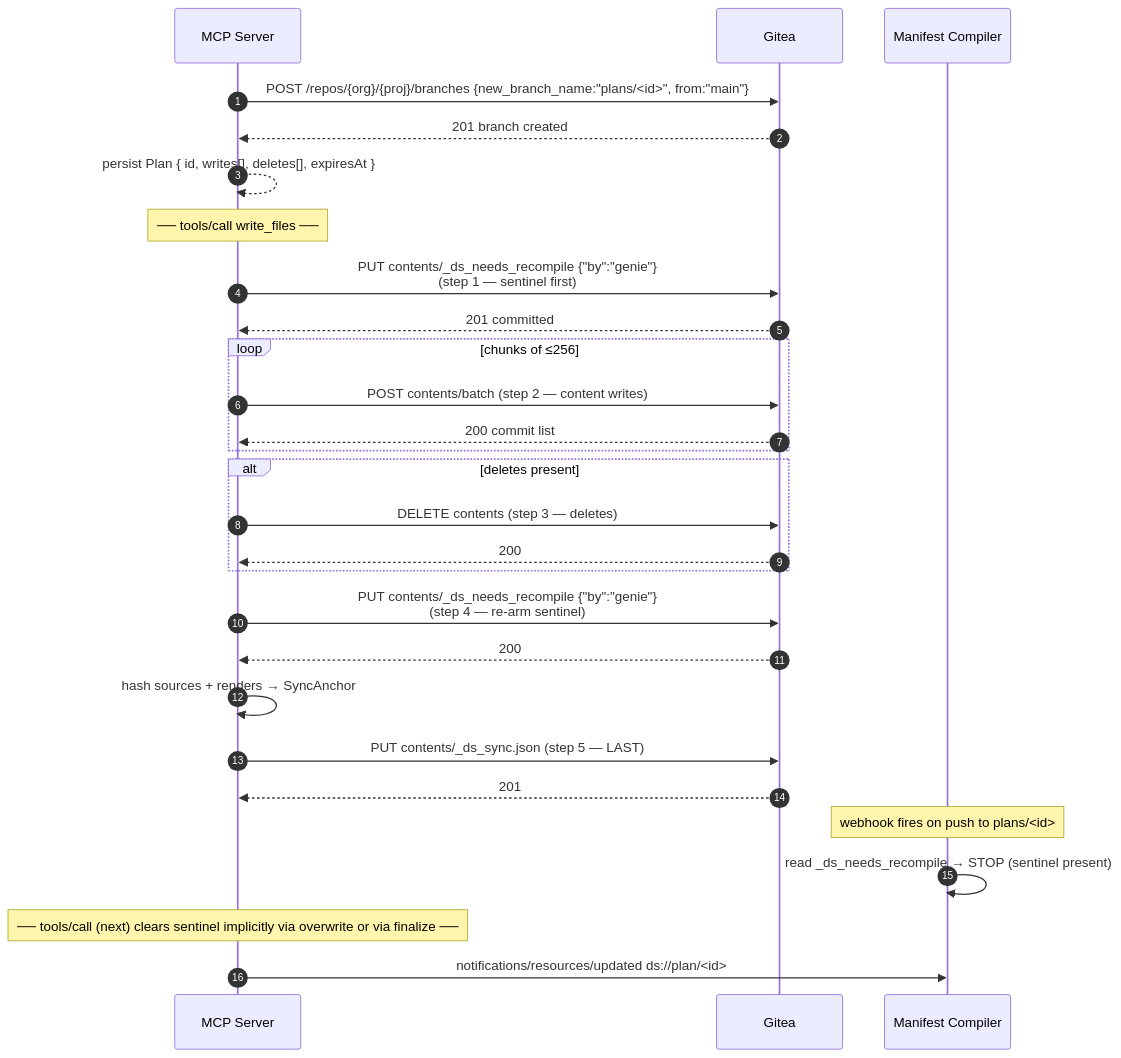
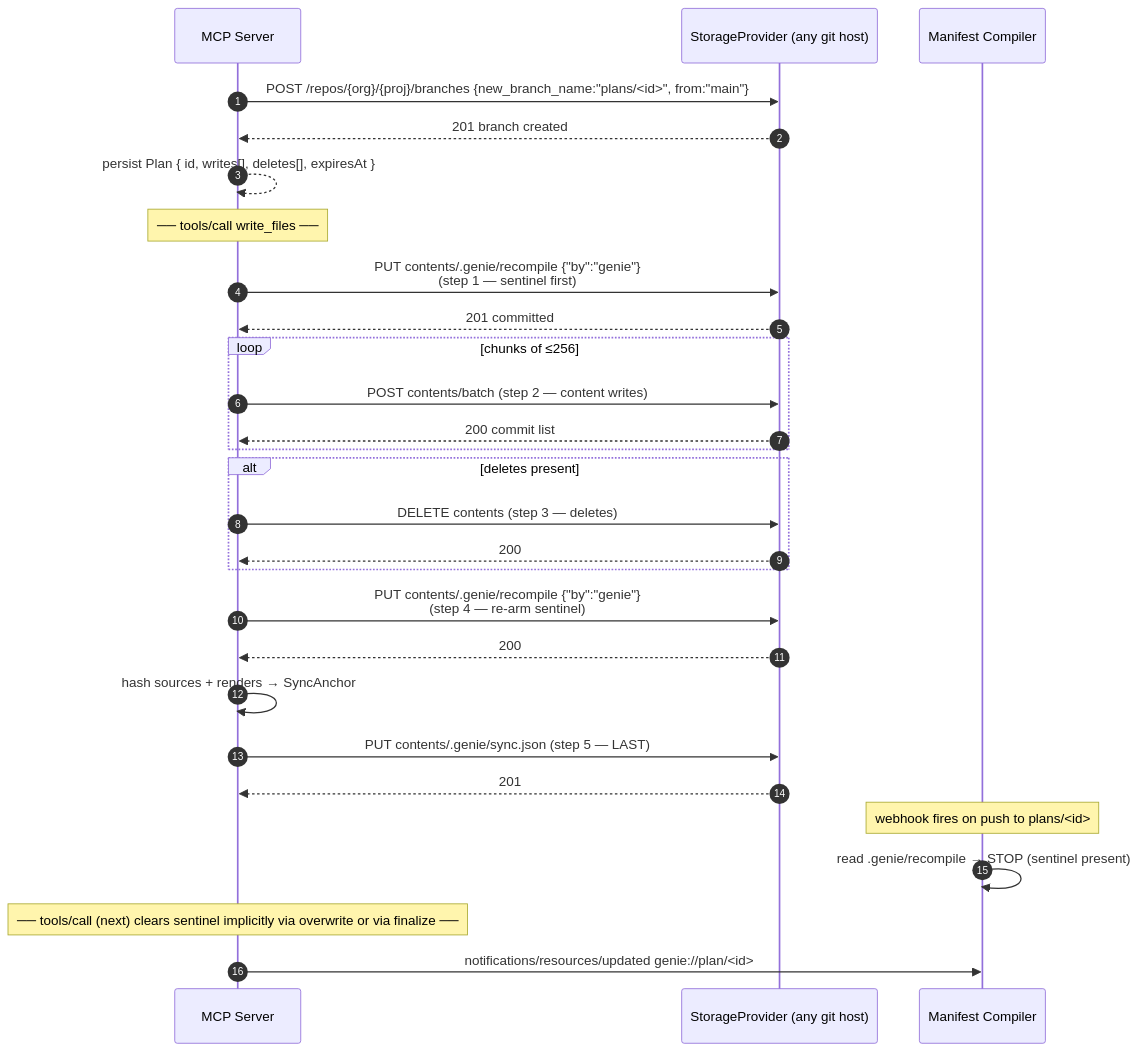
Before and after one commit to ambitresearch/genie: the fourth of 9 diagrams in docs/plan/04-tech-design-rfc.md, drawn with Mermaid. The commit also changed other lines of this file and 177 other files, not shown here.

````diff
--- a/docs/plan/04-tech-design-rfc.md
+++ b/docs/plan/04-tech-design-rfc.md
@@ -1357,31 +1519,31 @@
 ```mermaid
 sequenceDiagram
     autonumber
     participant Server as MCP Server
-    participant Store as Gitea
+    participant Store as StorageProvider (any git host)
     participant Watcher as Manifest Compiler
 
     Server->>Store: POST /repos/{org}/{proj}/branches {new_branch_name:"plans/<id>", from:"main"}
     Store-->>Server: 201 branch created
     Server-->>Server: persist Plan { id, writes[], deletes[], expiresAt }
     Note over Server: ── tools/call write_files ──
-    Server->>Store: PUT contents/_ds_needs_recompile {"by":"genie"}<br/>(step 1 — sentinel first)
+    Server->>Store: PUT contents/.genie/recompile {"by":"genie"}<br/>(step 1 — sentinel first)
     Store-->>Server: 201 committed
     loop chunks of ≤256
         Server->>Store: POST contents/batch (step 2 — content writes)
         Store-->>Server: 200 commit list
     end
     alt deletes present
         Server->>Store: DELETE contents (step 3 — deletes)
         Store-->>Server: 200
     end
-    Server->>Store: PUT contents/_ds_needs_recompile {"by":"genie"}<br/>(step 4 — re-arm sentinel)
+    Server->>Store: PUT contents/.genie/recompile {"by":"genie"}<br/>(step 4 — re-arm sentinel)
     Store-->>Server: 200
     Server->>Server: hash sources + renders → SyncAnchor
-    Server->>Store: PUT contents/_ds_sync.json (step 5 — LAST)
+    Server->>Store: PUT contents/.genie/sync.json (step 5 — LAST)
     Store-->>Server: 201
     Note over Watcher: webhook fires on push to plans/<id>
-    Watcher->>Watcher: read _ds_needs_recompile → STOP (sentinel present)
+    Watcher->>Watcher: read .genie/recompile → STOP (sentinel present)
     Note over Server: ── tools/call (next) clears sentinel implicitly via overwrite or via finalize ──
-    Server->>Watcher: notifications/resources/updated ds://plan/<id>
+    Server->>Watcher: notifications/resources/updated genie://plan/<id>
 ```
````
